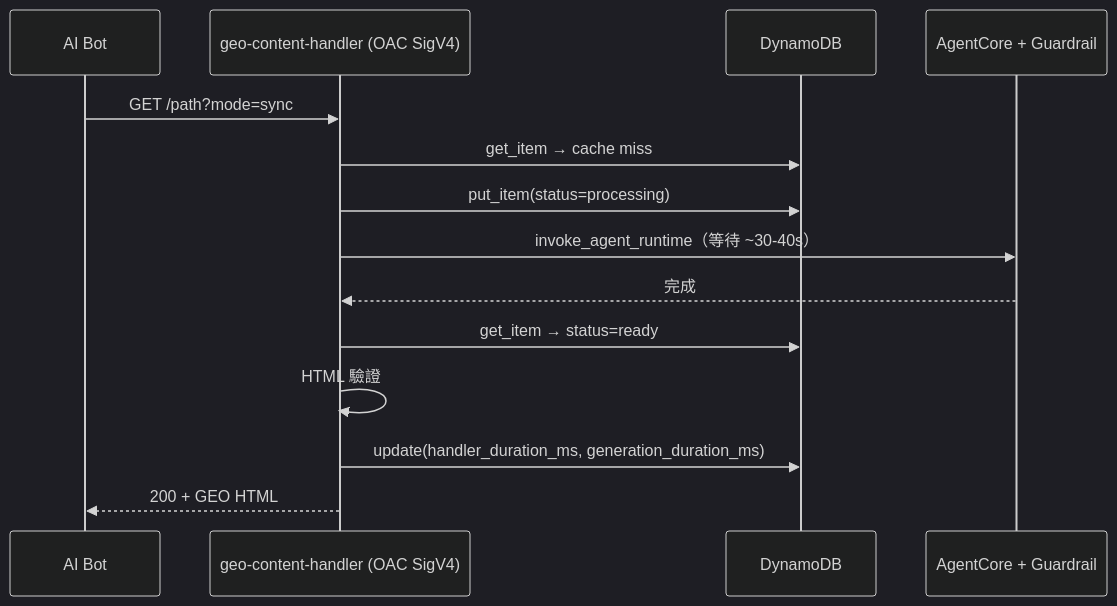
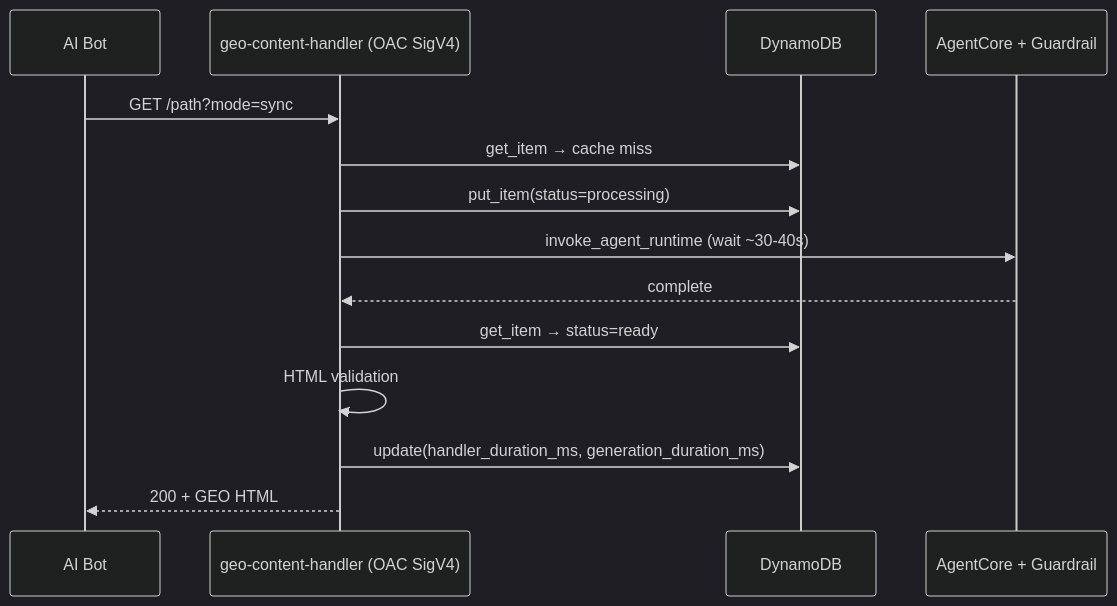
One commit to raywang1021/amazon-bedrock-agentcore-samples changed the third of 3 diagrams in docs/architecture.md. Above: the diagram before and after it, drawn with Mermaid (dark theme). The commit also changed other lines of this file and 3 other files, not shown here.

First line of the commit message:
docs: add English versions of README.md and architecture.md

````diff
--- a/docs/architecture.md
+++ b/docs/architecture.md
@@ -205,17 +207,17 @@
 ```mermaid
 sequenceDiagram
     participant Bot as AI Bot
     participant Lambda as geo-content-handler (OAC SigV4)
     participant DDB as DynamoDB
     participant AC as AgentCore + Guardrail
 
     Bot->>Lambda: GET /path?mode=sync
     Lambda->>DDB: get_item → cache miss
     Lambda->>DDB: put_item(status=processing)
-    Lambda->>AC: invoke_agent_runtime（等待 ~30-40s）
-    AC-->>Lambda: 完成
+    Lambda->>AC: invoke_agent_runtime (wait ~30-40s)
+    AC-->>Lambda: complete
     Lambda->>DDB: get_item → status=ready
-    Lambda->>Lambda: HTML 驗證
+    Lambda->>Lambda: HTML validation
     Lambda->>DDB: update(handler_duration_ms, generation_duration_ms)
     Lambda-->>Bot: 200 + GEO HTML
 ```
````
